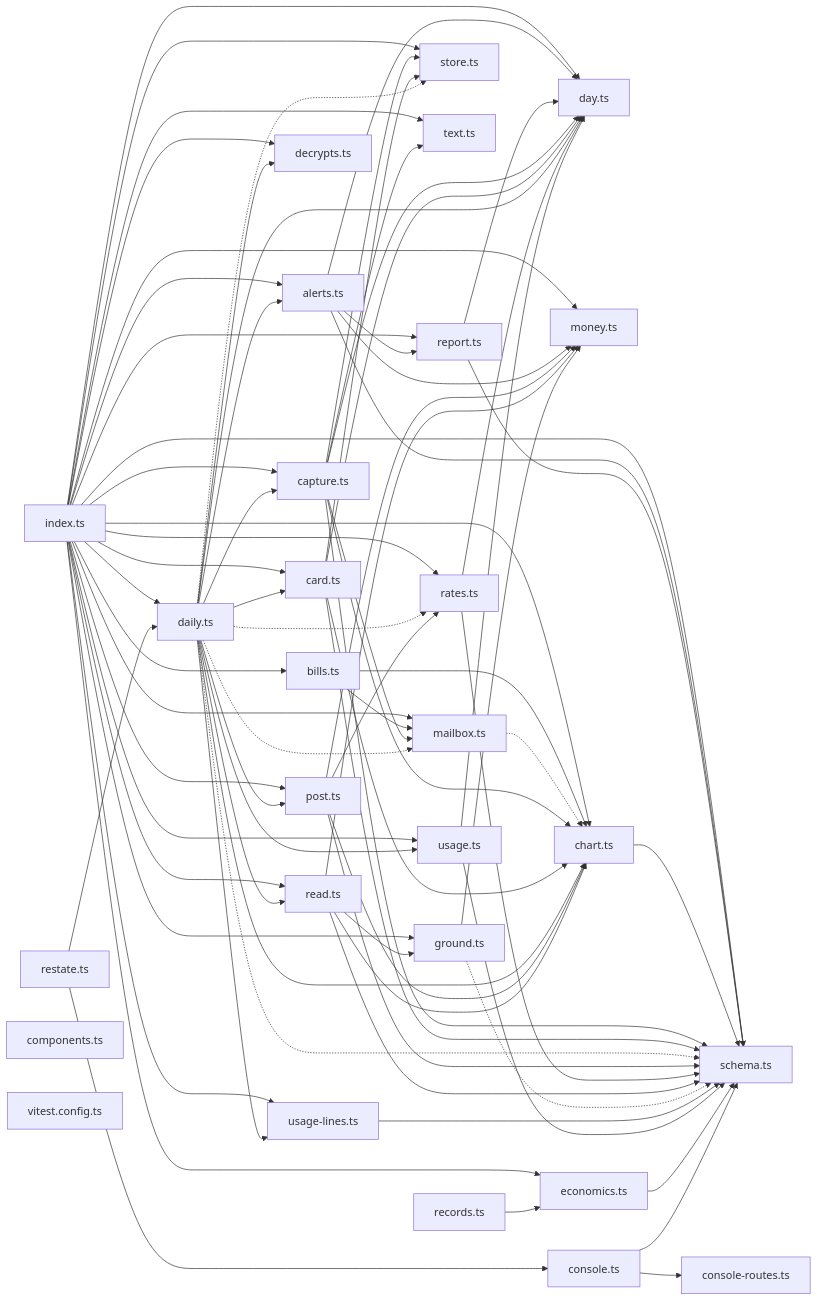
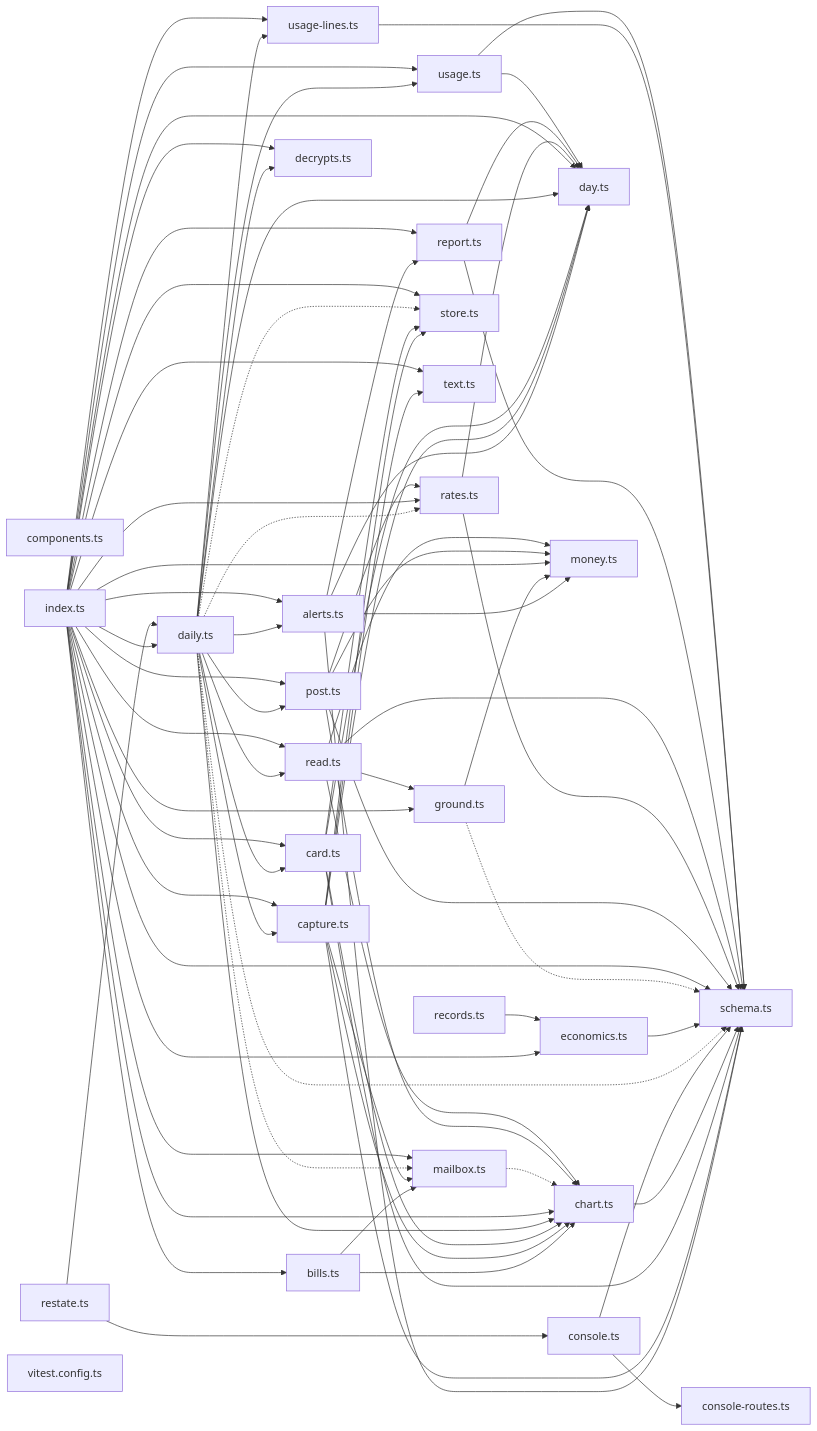
The diagram in map/generated/imports/@wren+books.md (wrenautomation/wren), drawn with Mermaid before and after one commit. The commit also changed other lines of this file and 96 other files, not shown here.

````diff
--- a/map/generated/imports/@wren+books.md
+++ b/map/generated/imports/@wren+books.md
@@ -19,33 +19,69 @@
 ```mermaid
 flowchart LR
+  nalerts_ts["alerts.ts"]
+  nbills_ts["bills.ts"]
+  ncapture_ts["capture.ts"]
+  ncard_ts["card.ts"]
+  nchart_ts["chart.ts"]
+  ncomponents_ts["components.ts"]
+  nconsole_routes_ts["console-routes.ts"]
+  nconsole_ts["console.ts"]
+  ndaily_ts["daily.ts"]
+  nday_ts["day.ts"]
+  ndecrypts_ts["decrypts.ts"]
+  neconomics_ts["economics.ts"]
+  nground_ts["ground.ts"]
   nindex_ts["index.ts"]
-  nalerts_ts["alerts.ts"]
-  nday_ts["day.ts"]
+  nmailbox_ts["mailbox.ts"]
   nmoney_ts["money.ts"]
-  nreport_ts["report.ts"]
-  nschema_ts["schema.ts"]
-  nbills_ts["bills.ts"]
-  nchart_ts["chart.ts"]
-  nmailbox_ts["mailbox.ts"]
-  ncapture_ts["capture.ts"]
-  nstore_ts["store.ts"]
-  ntext_ts["text.ts"]
-  ncard_ts["card.ts"]
-  ndaily_ts["daily.ts"]
-  ndecrypts_ts["decrypts.ts"]
   npost_ts["post.ts"]
   nrates_ts["rates.ts"]
   nread_ts["read.ts"]
-  nground_ts["ground.ts"]
+  nrecords_ts["records.ts"]
+  nreport_ts["report.ts"]
+  nrestate_ts["restate.ts"]
+  nschema_ts["schema.ts"]
+  nstore_ts["store.ts"]
+  ntext_ts["text.ts"]
   nusage_lines_ts["usage-lines.ts"]
   nusage_ts["usage.ts"]
-  neconomics_ts["economics.ts"]
-  nrestate_ts["restate.ts"]
-  nconsole_ts["console.ts"]
-  nconsole_routes_ts["console-routes.ts"]
-  ncomponents_ts["components.ts"]
-  nrecords_ts["records.ts"]
   nvitest_config_ts["vitest.config.ts"]
+  nalerts_ts --> nday_ts
+  nalerts_ts --> nmoney_ts
+  nalerts_ts --> nreport_ts
+  nalerts_ts --> nschema_ts
+  nbills_ts --> nchart_ts
+  nbills_ts --> nmailbox_ts
+  ncapture_ts --> nchart_ts
+  ncapture_ts --> nday_ts
+  ncapture_ts --> nmailbox_ts
+  ncapture_ts --> nschema_ts
+  ncapture_ts --> nstore_ts
+  ncapture_ts --> ntext_ts
+  ncard_ts --> nchart_ts
+  ncard_ts --> nday_ts
+  ncard_ts --> nschema_ts
+  ncard_ts --> nstore_ts
+  nchart_ts --> nschema_ts
+  nconsole_ts --> nconsole_routes_ts
+  nconsole_ts --> nschema_ts
+  ndaily_ts --> nalerts_ts
+  ndaily_ts --> ncapture_ts
+  ndaily_ts --> ncard_ts
+  ndaily_ts --> nchart_ts
+  ndaily_ts --> nday_ts
+  ndaily_ts --> ndecrypts_ts
+  ndaily_ts -.-> nmailbox_ts
+  ndaily_ts --> npost_ts
+  ndaily_ts -.-> nrates_ts
+  ndaily_ts --> nread_ts
+  ndaily_ts -.-> nschema_ts
+  ndaily_ts -.-> nstore_ts
+  ndaily_ts --> nusage_lines_ts
+  ndaily_ts --> nusage_ts
+  neconomics_ts --> nschema_ts
+  nground_ts --> nmoney_ts
+  nground_ts -.-> nschema_ts
   nindex_ts --> nalerts_ts
   nindex_ts --> nbills_ts
   nindex_ts --> ncapture_ts
@@ -67,40 +103,7 @@
   nindex_ts --> ntext_ts
   nindex_ts --> nusage_lines_ts
   nindex_ts --> nusage_ts
-  nalerts_ts --> nday_ts
-  nalerts_ts --> nmoney_ts
-  nalerts_ts --> nreport_ts
-  nalerts_ts --> nschema_ts
-  nreport_ts --> nday_ts
-  nreport_ts --> nschema_ts
-  nbills_ts --> nchart_ts
-  nbills_ts --> nmailbox_ts
-  nchart_ts --> nschema_ts
   nmailbox_ts -.-> nchart_ts
-  ncapture_ts --> nchart_ts
-  ncapture_ts --> nday_ts
-  ncapture_ts --> nmailbox_ts
-  ncapture_ts --> nschema_ts
-  ncapture_ts --> nstore_ts
-  ncapture_ts --> ntext_ts
-  ncard_ts --> nchart_ts
-  ncard_ts --> nday_ts
-  ncard_ts --> nschema_ts
-  ncard_ts --> nstore_ts
-  ndaily_ts --> nalerts_ts
-  ndaily_ts --> ncapture_ts
-  ndaily_ts --> ncard_ts
-  ndaily_ts --> nchart_ts
-  ndaily_ts --> nday_ts
-  ndaily_ts --> ndecrypts_ts
-  ndaily_ts -.-> nmailbox_ts
-  ndaily_ts --> npost_ts
-  ndaily_ts -.-> nrates_ts
-  ndaily_ts --> nread_ts
-  ndaily_ts -.-> nschema_ts
-  ndaily_ts -.-> nstore_ts
-  ndaily_ts --> nusage_lines_ts
-  ndaily_ts --> nusage_ts
   npost_ts --> nchart_ts
   npost_ts --> nmoney_ts
   npost_ts --> nrates_ts
@@ -111,15 +114,12 @@
   nread_ts --> nground_ts
   nread_ts --> nmoney_ts
   nread_ts --> nschema_ts
-  nground_ts --> nmoney_ts
-  nground_ts -.-> nschema_ts
+  nrecords_ts --> neconomics_ts
+  nreport_ts --> nday_ts
+  nreport_ts --> nschema_ts
+  nrestate_ts --> nconsole_ts
+  nrestate_ts --> ndaily_ts
   nusage_lines_ts --> nschema_ts
   nusage_ts --> nday_ts
   nusage_ts --> nschema_ts
-  neconomics_ts --> nschema_ts
-  nrestate_ts --> nconsole_ts
-  nrestate_ts --> ndaily_ts
-  nconsole_ts --> nconsole_routes_ts
-  nconsole_ts --> nschema_ts
-  nrecords_ts --> neconomics_ts
 ```
````
